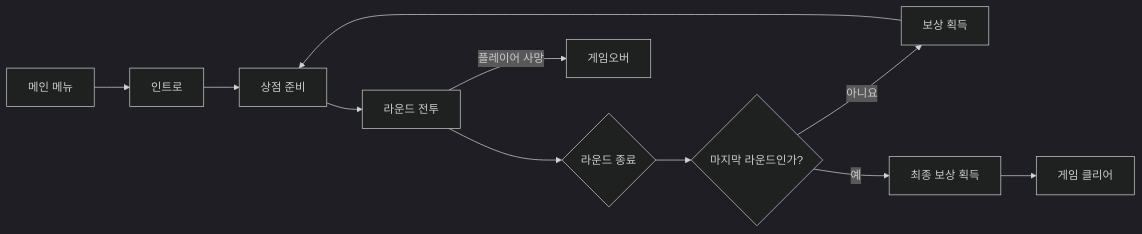
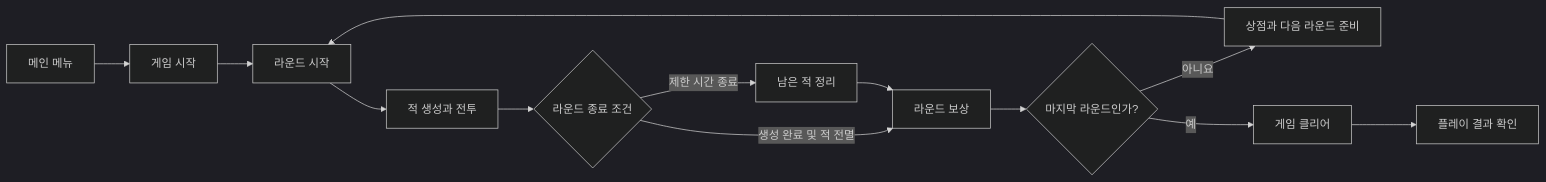
Before and after one commit to Devel-Rocket-ClassRoom/minigame-project-jeri2779: the first of 2 diagrams in README.md, drawn with Mermaid (dark theme). The commit also changed other lines of this file, not shown here.

````diff
--- a/README.md
+++ b/README.md
@@ -18,13 +38,15 @@
 ```mermaid
 flowchart LR
-    Menu[메인 메뉴] --> Intro[인트로]
-    Intro --> Shop[상점 준비]
-    Shop --> Battle[라운드 전투]
-    Battle --> End{라운드 종료}
-    End --> Last{마지막 라운드인가?}
-    Last -->|아니요| Reward[보상 획득]
-    Reward --> Shop
-    Last -->|예| FinalReward[최종 보상 획득]
-    FinalReward --> Clear[게임 클리어]
-    Battle -->|플레이어 사망| Over[게임오버]
+    A[메인 메뉴] --> B[게임 시작]
+    B --> C[라운드 시작]
+    C --> D[적 생성과 전투]
+    D --> E{라운드 종료 조건}
+    E -->|제한 시간 종료| F[남은 적 정리]
+    E -->|생성 완료 및 적 전멸| G[라운드 보상]
+    F --> G
+    G --> H{마지막 라운드인가?}
+    H -->|아니요| I[상점과 다음 라운드 준비]
+    I --> C
+    H -->|예| J[게임 클리어]
+    J --> K[플레이 결과 확인]
 ```
````
